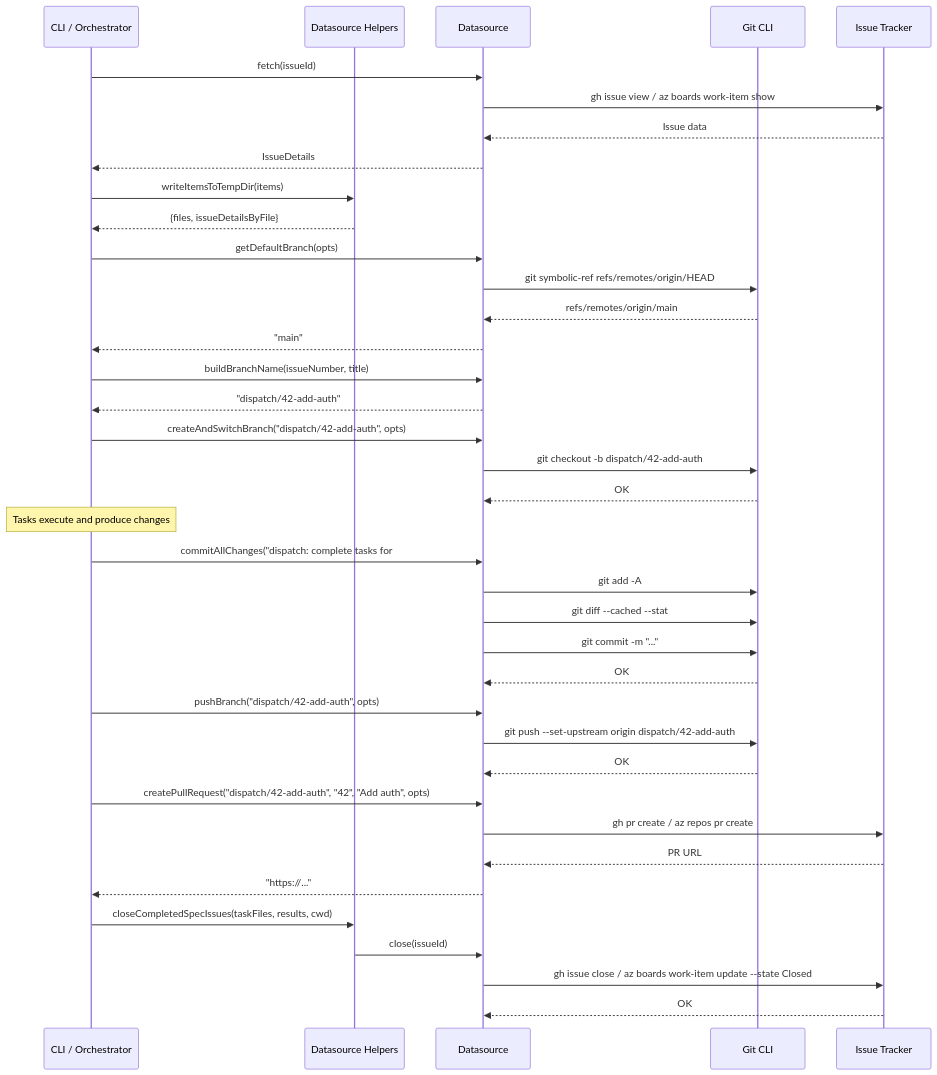
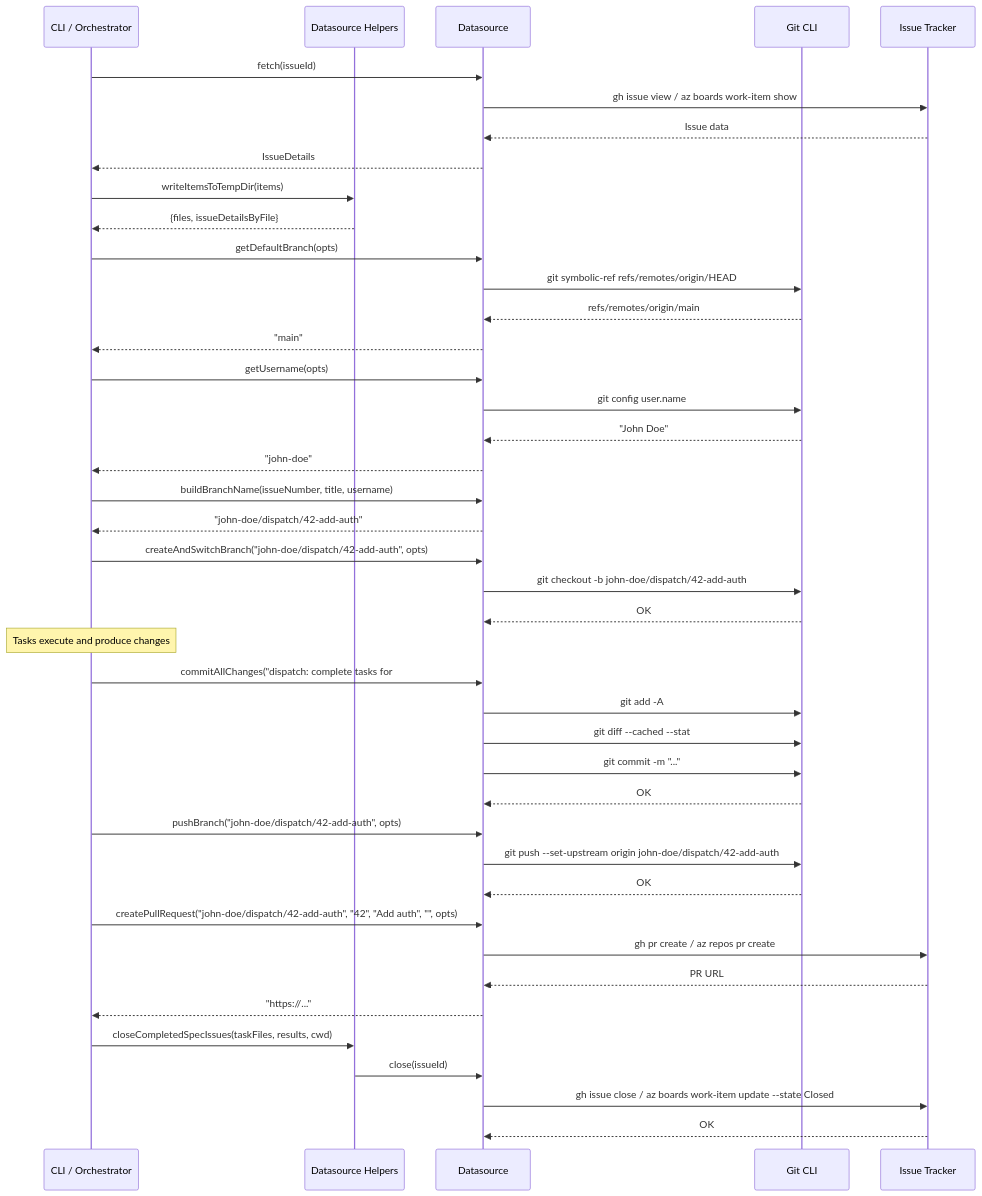
One commit to PatrickRuddiman/Dispatch changed the third of 3 diagrams in docs/datasource-system/overview.md. Above: the diagram before and after it, drawn with Mermaid. The commit also changed other lines of this file and 66 other files, not shown here.

````diff
--- a/docs/datasource-system/overview.md
+++ b/docs/datasource-system/overview.md
@@ -195,50 +197,55 @@
 ```mermaid
 sequenceDiagram
     participant CLI as CLI / Orchestrator
     participant Helpers as Datasource Helpers
     participant DS as Datasource
     participant Git as Git CLI
     participant Tracker as Issue Tracker
 
     CLI->>DS: fetch(issueId)
     DS->>Tracker: gh issue view / az boards work-item show
     Tracker-->>DS: Issue data
     DS-->>CLI: IssueDetails
 
     CLI->>Helpers: writeItemsToTempDir(items)
     Helpers-->>CLI: {files, issueDetailsByFile}
 
     CLI->>DS: getDefaultBranch(opts)
     DS->>Git: git symbolic-ref refs/remotes/origin/HEAD
     Git-->>DS: refs/remotes/origin/main
     DS-->>CLI: "main"
 
-    CLI->>DS: buildBranchName(issueNumber, title)
-    DS-->>CLI: "dispatch/42-add-auth"
+    CLI->>DS: getUsername(opts)
+    DS->>Git: git config user.name
+    Git-->>DS: "John Doe"
+    DS-->>CLI: "john-doe"
 
-    CLI->>DS: createAndSwitchBranch("dispatch/42-add-auth", opts)
-    DS->>Git: git checkout -b dispatch/42-add-auth
+    CLI->>DS: buildBranchName(issueNumber, title, username)
+    DS-->>CLI: "john-doe/dispatch/42-add-auth"
+
+    CLI->>DS: createAndSwitchBranch("john-doe/dispatch/42-add-auth", opts)
+    DS->>Git: git checkout -b john-doe/dispatch/42-add-auth
     Git-->>DS: OK
 
     Note over CLI: Tasks execute and produce changes
 
     CLI->>DS: commitAllChanges("dispatch: complete tasks for #42", opts)
     DS->>Git: git add -A
     DS->>Git: git diff --cached --stat
     DS->>Git: git commit -m "..."
     Git-->>DS: OK
 
-    CLI->>DS: pushBranch("dispatch/42-add-auth", opts)
-    DS->>Git: git push --set-upstream origin dispatch/42-add-auth
+    CLI->>DS: pushBranch("john-doe/dispatch/42-add-auth", opts)
+    DS->>Git: git push --set-upstream origin john-doe/dispatch/42-add-auth
     Git-->>DS: OK
 
-    CLI->>DS: createPullRequest("dispatch/42-add-auth", "42", "Add auth", opts)
+    CLI->>DS: createPullRequest("john-doe/dispatch/42-add-auth", "42", "Add auth", "", opts)
     DS->>Tracker: gh pr create / az repos pr create
     Tracker-->>DS: PR URL
     DS-->>CLI: "https://..."
 
     CLI->>Helpers: closeCompletedSpecIssues(taskFiles, results, cwd)
     Helpers->>DS: close(issueId)
     DS->>Tracker: gh issue close / az boards work-item update --state Closed
     Tracker-->>DS: OK
 ```
````
